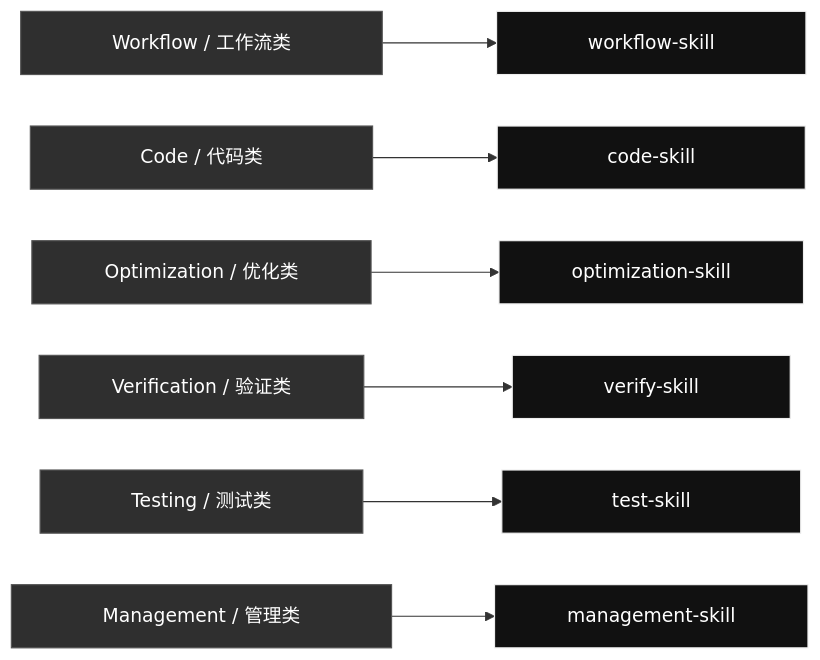
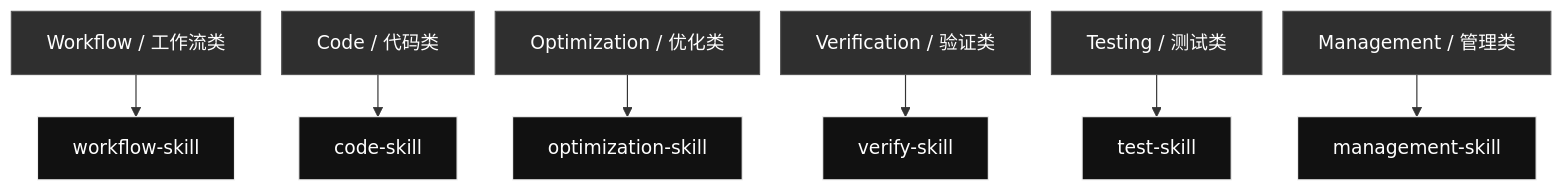
Before and after one commit to qinbatista/qin-codex-skills: the first of 2 diagrams in README.md, drawn with Mermaid. The commit also changed other lines of this file and 2 other files, not shown here.

Commit message:
Compact skill map and show contents first

````diff
--- a/README.md
+++ b/README.md
@@ -64,20 +64,20 @@
 ```mermaid
-%%{init: {"flowchart": {"nodeSpacing": 44, "rankSpacing": 88, "wrappingWidth": 340}}}%%
-flowchart LR
-  category_Workflow["&emsp;&emsp;&emsp;Workflow / 工作流类&emsp;&emsp;&emsp;"]
-  category_Workflow --> skill_workflow_skill["&emsp;&emsp;&emsp;workflow-skill&emsp;&emsp;&emsp;"]
-  category_Code["&emsp;&emsp;&emsp;&emsp;Code / 代码类&emsp;&emsp;&emsp;&emsp;"]
-  category_Code --> skill_code_skill["&emsp;&emsp;&emsp;&emsp;code-skill&emsp;&emsp;&emsp;&emsp;"]
-  category_Optimization["&emsp;&emsp;Optimization / 优化类&emsp;&emsp;"]
-  category_Optimization --> skill_optimization_skill["&emsp;&emsp;optimization-skill&emsp;&emsp;"]
-  category_Verification["&emsp;&emsp;Verification / 验证类&emsp;&emsp;"]
-  category_Verification --> skill_verify_skill["&emsp;&emsp;&emsp;verify-skill&emsp;&emsp;&emsp;"]
-  category_Testing["&emsp;&emsp;&emsp;Testing / 测试类&emsp;&emsp;&emsp;"]
-  category_Testing --> skill_test_skill["&emsp;&emsp;&emsp;&emsp;test-skill&emsp;&emsp;&emsp;&emsp;"]
-  category_Management["&emsp;&emsp;&emsp;Management / 管理类&emsp;&emsp;&emsp;"]
-  category_Management --> skill_management_skill["&emsp;&emsp;management-skill&emsp;&emsp;"]
+%%{init: {"flowchart": {"nodeSpacing": 18, "rankSpacing": 36, "wrappingWidth": 220}}}%%
+flowchart TD
+  category_Workflow["Workflow / 工作流类"]
+  category_Workflow --> skill_workflow_skill["workflow-skill"]
+  category_Code["Code / 代码类"]
+  category_Code --> skill_code_skill["code-skill"]
+  category_Optimization["Optimization / 优化类"]
+  category_Optimization --> skill_optimization_skill["optimization-skill"]
+  category_Verification["Verification / 验证类"]
+  category_Verification --> skill_verify_skill["verify-skill"]
+  category_Testing["Testing / 测试类"]
+  category_Testing --> skill_test_skill["test-skill"]
+  category_Management["Management / 管理类"]
+  category_Management --> skill_management_skill["management-skill"]
   classDef category fill:#2f2f2f,color:#fff,stroke:#555;
   classDef skill fill:#111,color:#fff,stroke:#eee;
   class category_Workflow,category_Code,category_Optimization,category_Verification,category_Testing,category_Management category;
   class skill_workflow_skill,skill_code_skill,skill_optimization_skill,skill_verify_skill,skill_test_skill,skill_management_skill skill;
 ```
````
